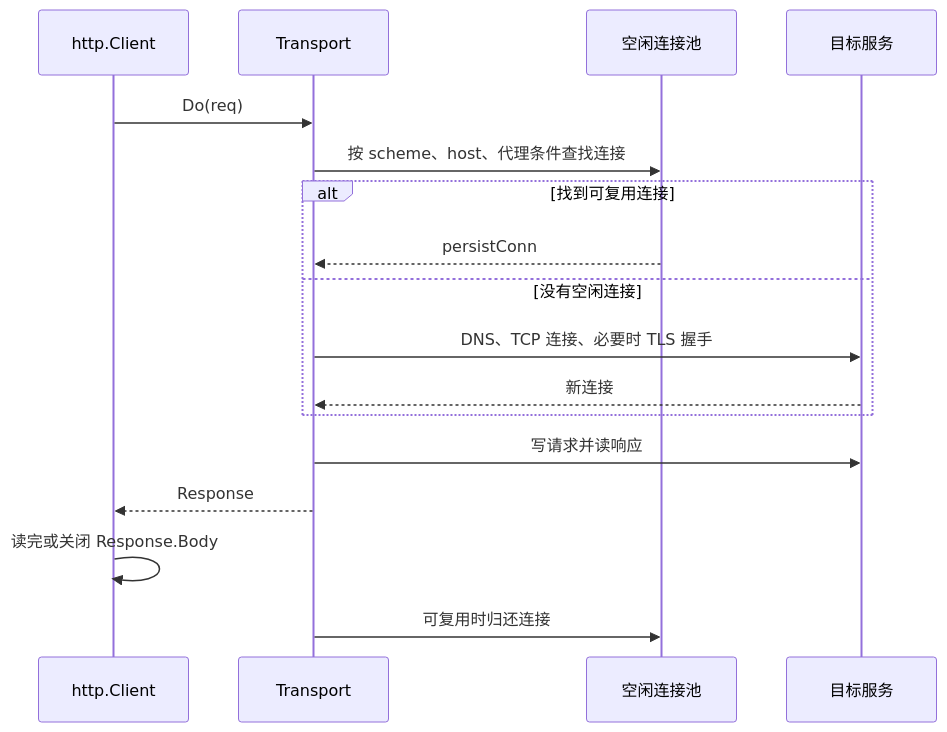
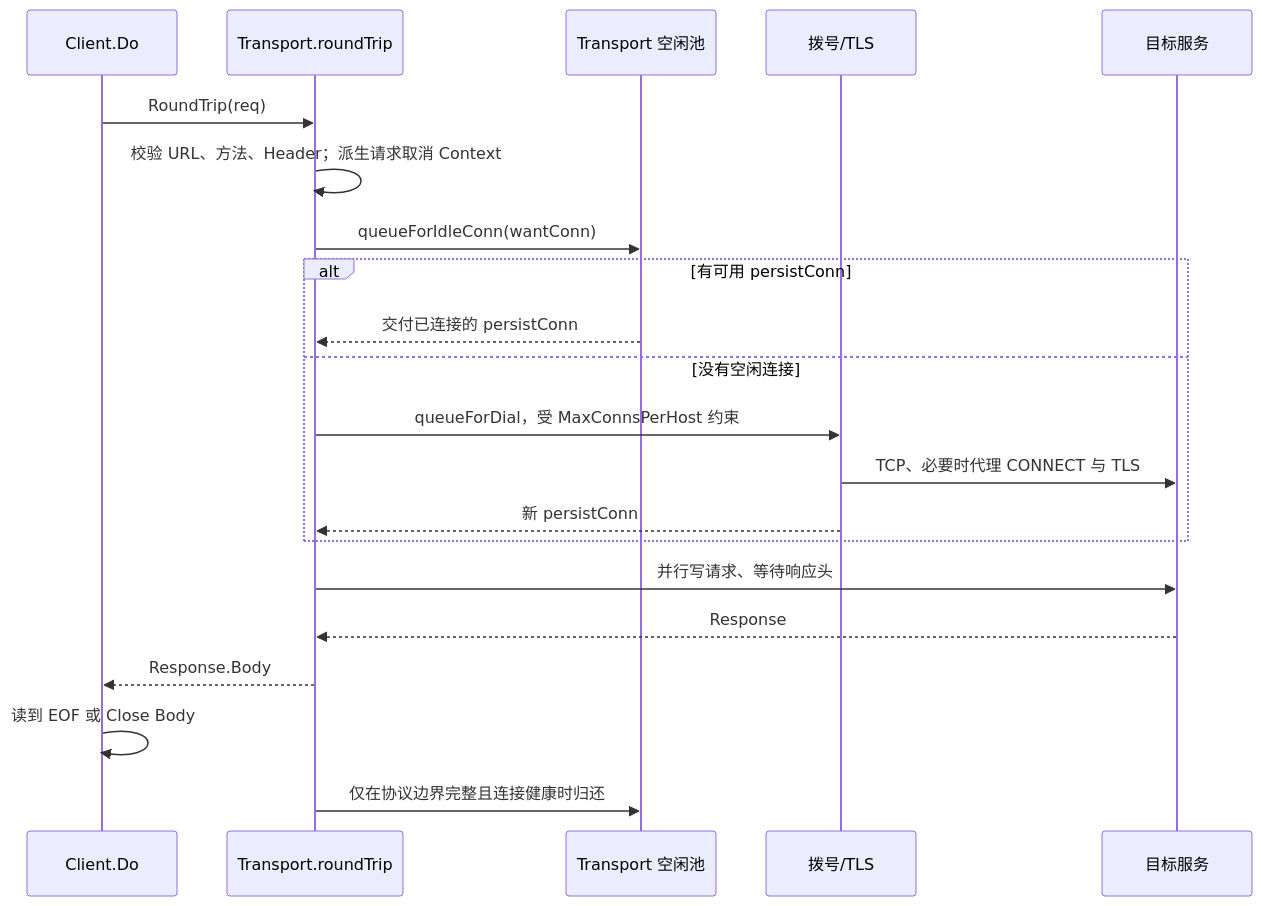
The third of 3 diagrams in src/backend/go/advanced/03-web-development/01-http-server.md (zzxrepository/gocode), drawn with Mermaid before and after one commit. The commit also changed other lines of this file, not shown here.

Commit message:
docs(go): deepen http source walkthrough

````diff
--- a/src/backend/go/advanced/03-web-development/01-http-server.md
+++ b/src/backend/go/advanced/03-web-development/01-http-server.md
@@ -835,20 +1062,24 @@
 ```mermaid
 sequenceDiagram
-    participant C as http.Client
-    participant T as Transport
-    participant P as 空闲连接池
+    participant C as Client.Do
+    participant T as Transport.roundTrip
+    participant P as Transport 空闲池
+    participant D as 拨号/TLS
     participant S as 目标服务
 
-    C->>T: Do(req)
-    T->>P: 按 scheme、host、代理条件查找连接
-    alt 找到可复用连接
-        P-->>T: persistConn
+    C->>T: RoundTrip(req)
+    T->>T: 校验 URL、方法、Header；派生请求取消 Context
+    T->>P: queueForIdleConn(wantConn)
+    alt 有可用 persistConn
+        P-->>T: 交付已连接的 persistConn
     else 没有空闲连接
-        T->>S: DNS、TCP 连接、必要时 TLS 握手
-        S-->>T: 新连接
+        T->>D: queueForDial，受 MaxConnsPerHost 约束
+        D->>S: TCP、必要时代理 CONNECT 与 TLS
+        D-->>T: 新 persistConn
     end
-    T->>S: 写请求并读响应
-    T-->>C: Response
-    C->>C: 读完或关闭 Response.Body
-    T->>P: 可复用时归还连接
+    T->>S: 并行写请求、等待响应头
+    S-->>T: Response
+    T-->>C: Response.Body
+    C->>C: 读到 EOF 或 Close Body
+    T->>P: 仅在协议边界完整且连接健康时归还
 ```
````
